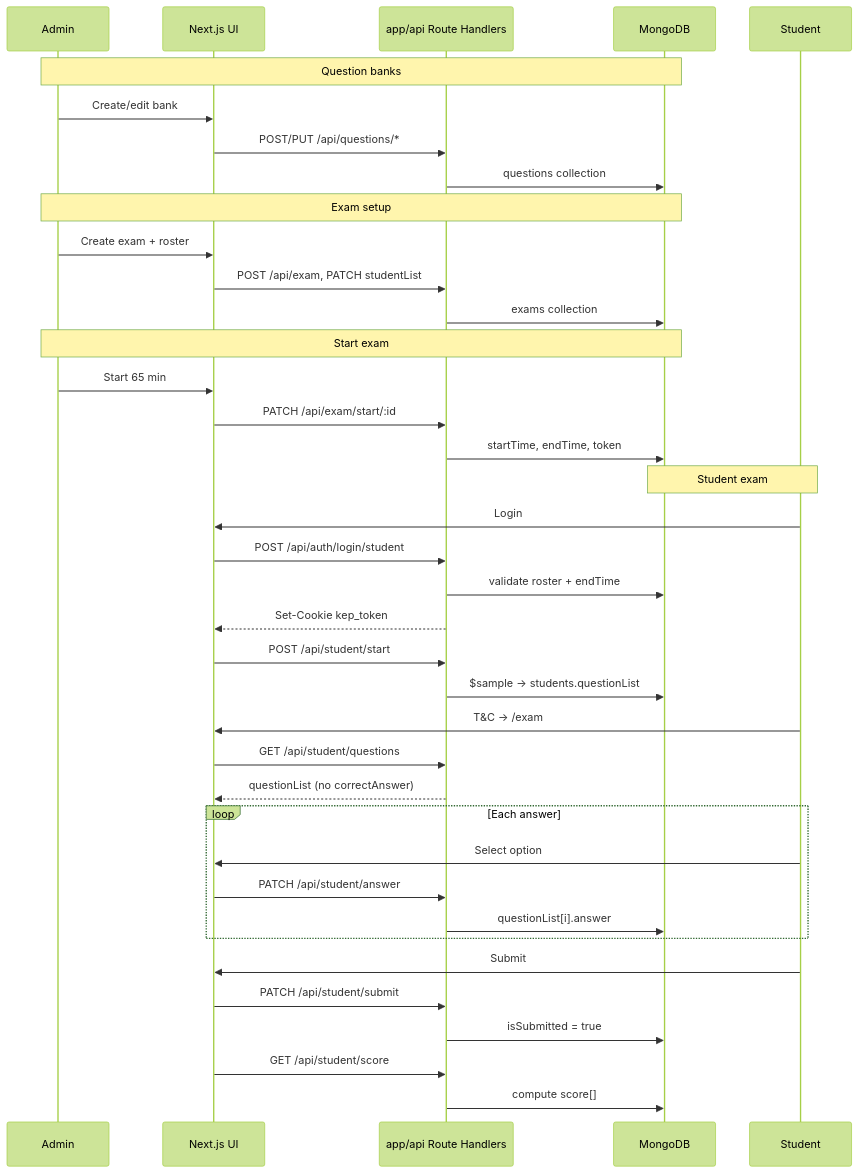
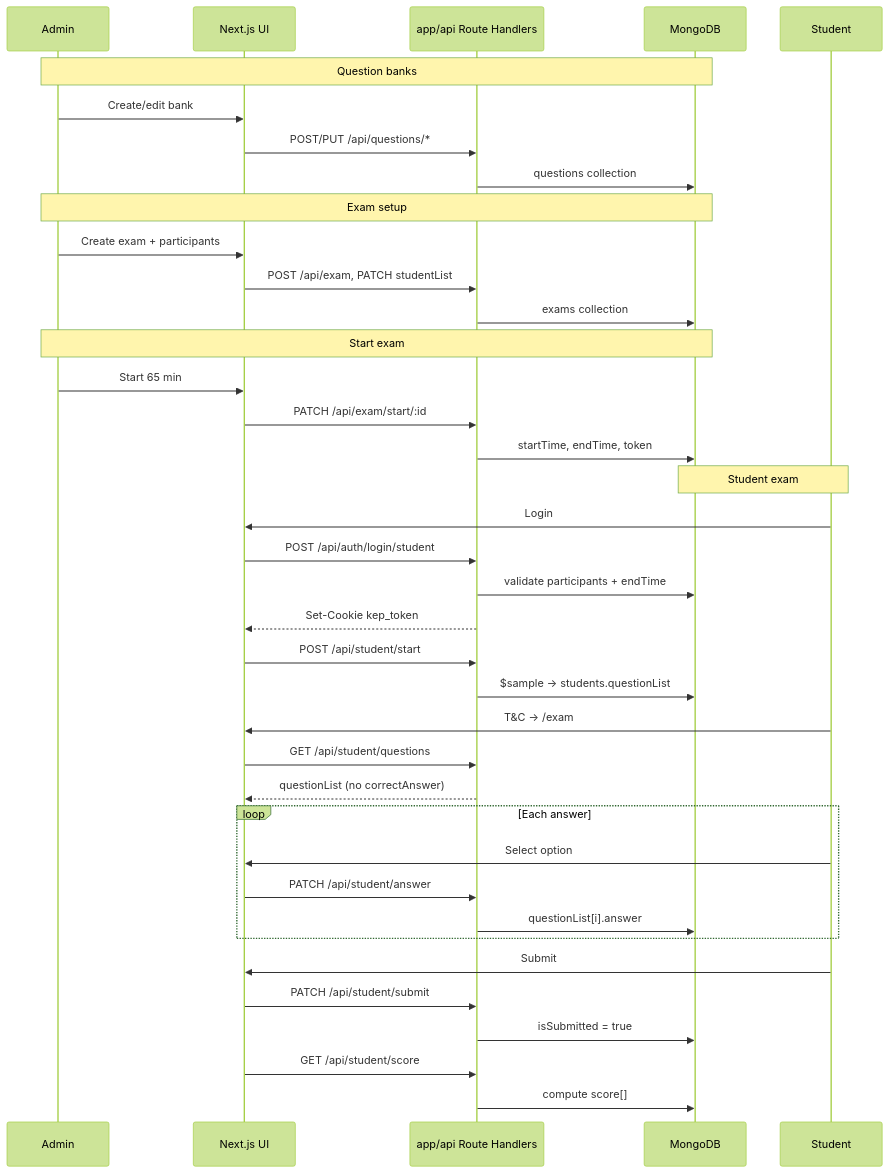
One commit to MG177/unklab-exam changed the third of 3 diagrams in docs/data-flow.md. Above: the diagram before and after it, drawn with Mermaid (forest theme). The commit also changed other lines of this file and 233 other files, not shown here.

````diff
--- a/docs/data-flow.md
+++ b/docs/data-flow.md
@@ -482,49 +482,49 @@
 ```mermaid
 sequenceDiagram
     participant Admin
     participant UI as Next.js UI
     participant API as app/api Route Handlers
     participant DB as MongoDB
 
     Note over Admin,DB: Question banks
     Admin->>UI: Create/edit bank
     UI->>API: POST/PUT /api/questions/*
     API->>DB: questions collection
 
     Note over Admin,DB: Exam setup
-    Admin->>UI: Create exam + roster
+    Admin->>UI: Create exam + participants
     UI->>API: POST /api/exam, PATCH studentList
     API->>DB: exams collection
 
     Note over Admin,DB: Start exam
     Admin->>UI: Start 65 min
     UI->>API: PATCH /api/exam/start/:id
     API->>DB: startTime, endTime, token
 
     participant Student
     Note over Student,DB: Student exam
     Student->>UI: Login
     UI->>API: POST /api/auth/login/student
-    API->>DB: validate roster + endTime
+    API->>DB: validate participants + endTime
     API-->>UI: Set-Cookie kep_token
 
     UI->>API: POST /api/student/start
     API->>DB: $sample → students.questionList
 
     Student->>UI: T&C → /exam
     UI->>API: GET /api/student/questions
     API-->>UI: questionList (no correctAnswer)
 
     loop Each answer
         Student->>UI: Select option
         UI->>API: PATCH /api/student/answer
         API->>DB: questionList[i].answer
     end
 
     Student->>UI: Submit
     UI->>API: PATCH /api/student/submit
     API->>DB: isSubmitted = true
 
     UI->>API: GET /api/student/score
     API->>DB: compute score[]
 ```
````
